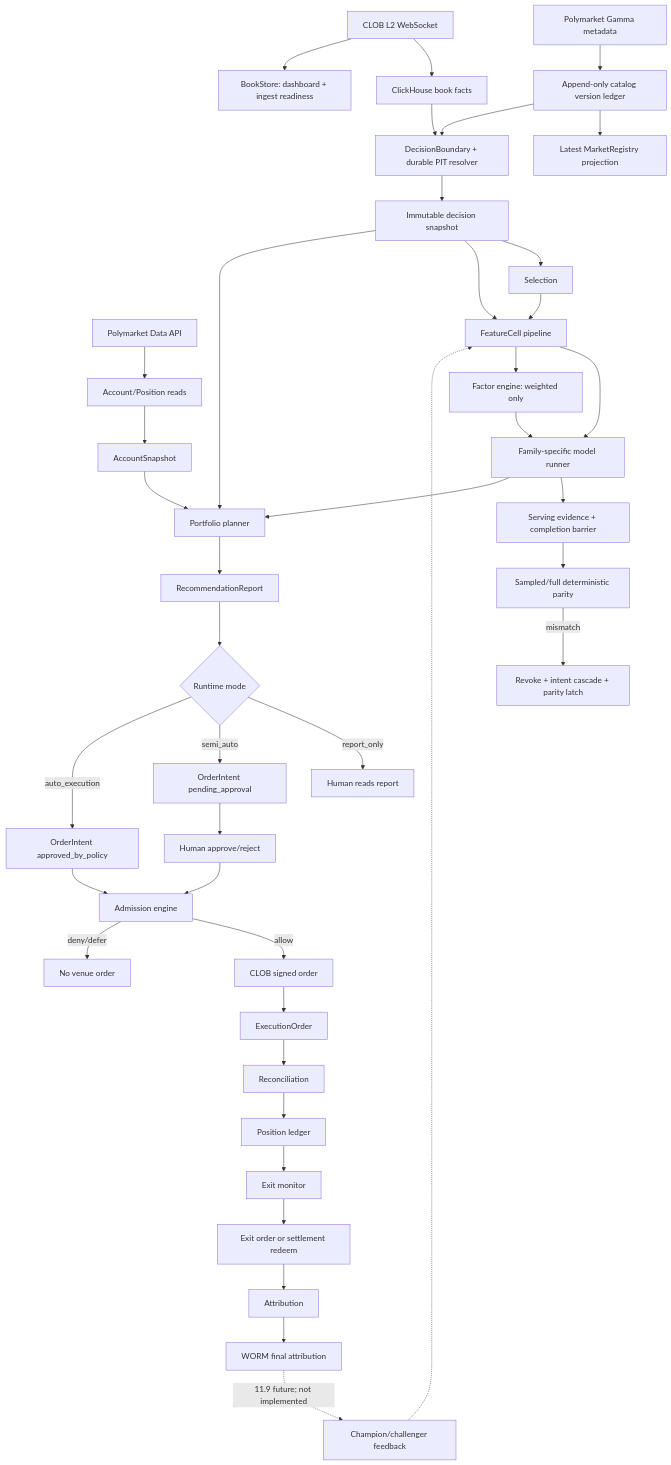
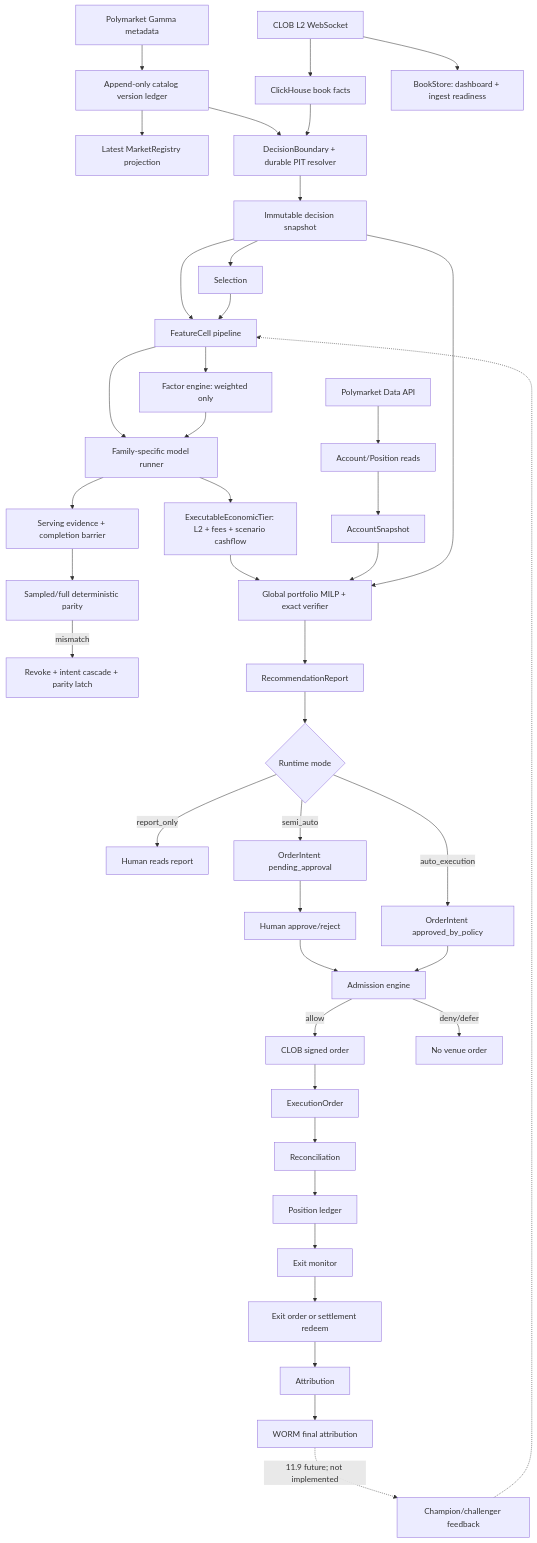
The first of 12 diagrams in docs/operations/architecture-and-design.md (solomon-ssy/oxide-arb), drawn with Mermaid before and after one commit. The commit also changed other lines of this file and 438 other files, not shown here.

Commit message:
feat(core,models,research,repository,migration,api,web,system-tests,xtask,docs,ui): 🧮 Cut over to HiGHS global portfolio, mixed-route reports, and descriptor-backed deploy/runtime config

````diff
--- a/docs/operations/architecture-and-design.md
+++ b/docs/operations/architecture-and-design.md
@@ -23,43 +23,44 @@
 ```mermaid
 flowchart TD
     A["Polymarket Gamma metadata"] --> B["Append-only catalog version ledger"]
     B --> BP["Latest MarketRegistry projection"]
     C["CLOB L2 WebSocket"] --> D["ClickHouse book facts"]
     C --> BS["BookStore: dashboard + ingest readiness"]
     DATA["Polymarket Data API"] --> F["Account/Position reads"]
     B --> PIT["DecisionBoundary + durable PIT resolver"]
     D --> PIT
     PIT --> SNAP["Immutable decision snapshot"]
     SNAP --> G["Selection"]
     SNAP --> H["FeatureCell pipeline"]
     G --> H
     H --> J["Family-specific model runner"]
     H --> I["Factor engine: weighted only"]
     I --> J
     J --> EV["Serving evidence + completion barrier"]
     EV --> PAR["Sampled/full deterministic parity"]
     PAR -->|"mismatch"| LATCH["Revoke + intent cascade + parity latch"]
     F --> K["AccountSnapshot"]
-    J --> L["Portfolio planner"]
+    J --> TIER["ExecutableEconomicTier: L2 + fees + scenario cashflow"]
+    TIER --> L["Global portfolio MILP + exact verifier"]
     K --> L
     SNAP --> L
     L --> M["RecommendationReport"]
     M --> N{"Runtime mode"}
     N -->|"report_only"| O["Human reads report"]
     N -->|"semi_auto"| P["OrderIntent pending_approval"]
     N -->|"auto_execution"| Q["OrderIntent approved_by_policy"]
     P --> R["Human approve/reject"]
     R --> S["Admission engine"]
     Q --> S
     S -->|"allow"| T["CLOB signed order"]
     S -->|"deny/defer"| U["No venue order"]
     T --> V["ExecutionOrder"]
     V --> W["Reconciliation"]
     W --> X["Position ledger"]
     X --> Y["Exit monitor"]
     Y --> Z["Exit order or settlement redeem"]
     Z --> AA["Attribution"]
     AA --> WORM["WORM final attribution"]
     WORM -.->|"11.9 future; not implemented"| AB["Champion/challenger feedback"]
     AB -.-> H
 ```
````
